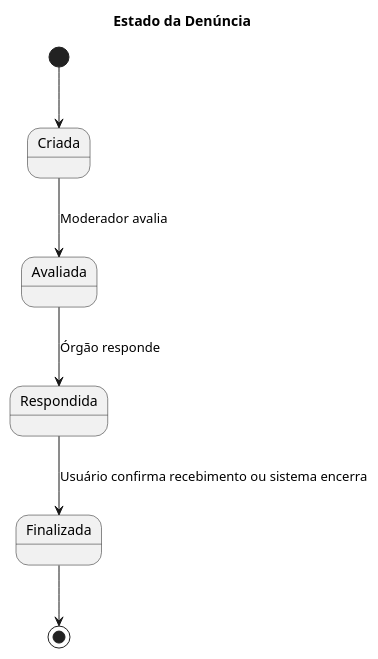
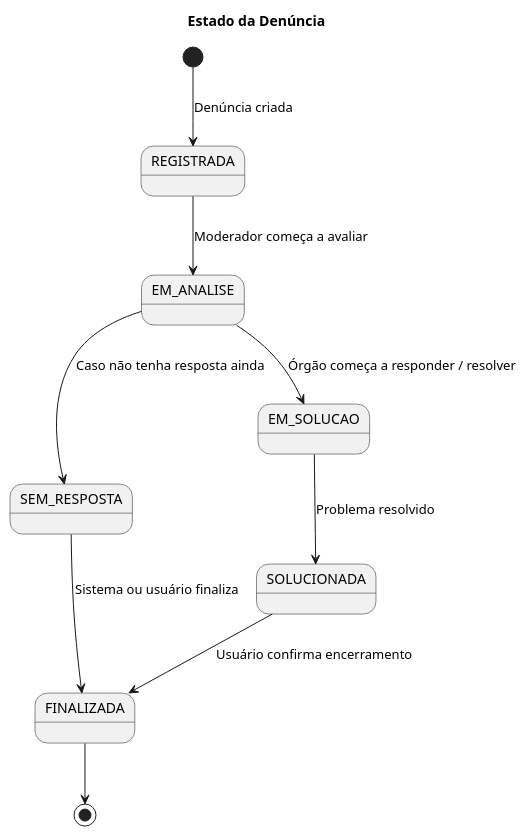
The diagram in modelos/DE_denuncia.puml (rafa-alves6/Reclama.se-AOO), drawn with PlantUML before and after one commit.

```diff
--- a/modelos/DE_denuncia.puml
+++ b/modelos/DE_denuncia.puml
@@ -1,10 +1,15 @@
 @startuml
 title Estado da Denúncia
 
-[*] --> Criada
-Criada --> Avaliada : Moderador avalia
-Avaliada --> Respondida : Órgão responde
-Respondida --> Finalizada : Usuário confirma recebimento ou sistema encerra
-Finalizada --> [*]
+[*] --> REGISTRADA : Denúncia criada
+
+REGISTRADA --> EM_ANALISE : Moderador começa a avaliar
+EM_ANALISE --> SEM_RESPOSTA : Caso não tenha resposta ainda
+EM_ANALISE --> EM_SOLUCAO : Órgão começa a responder / resolver
+EM_SOLUCAO --> SOLUCIONADA : Problema resolvido
+SEM_RESPOSTA --> FINALIZADA : Sistema ou usuário finaliza
+SOLUCIONADA --> FINALIZADA : Usuário confirma encerramento
+
+FINALIZADA --> [*]
 
 @enduml
```
